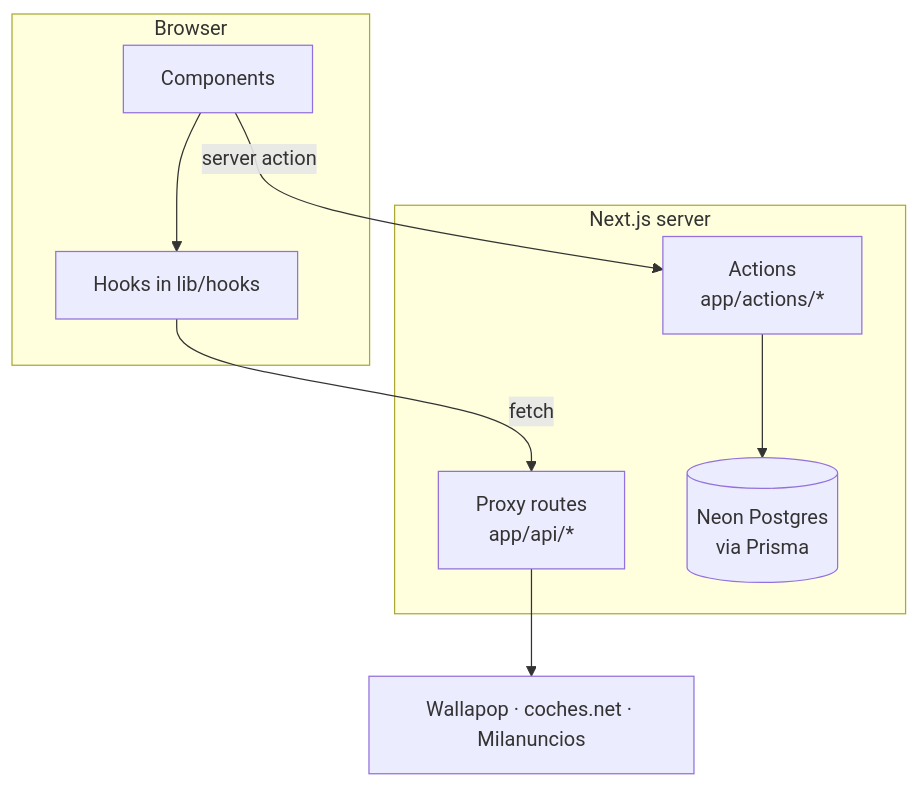
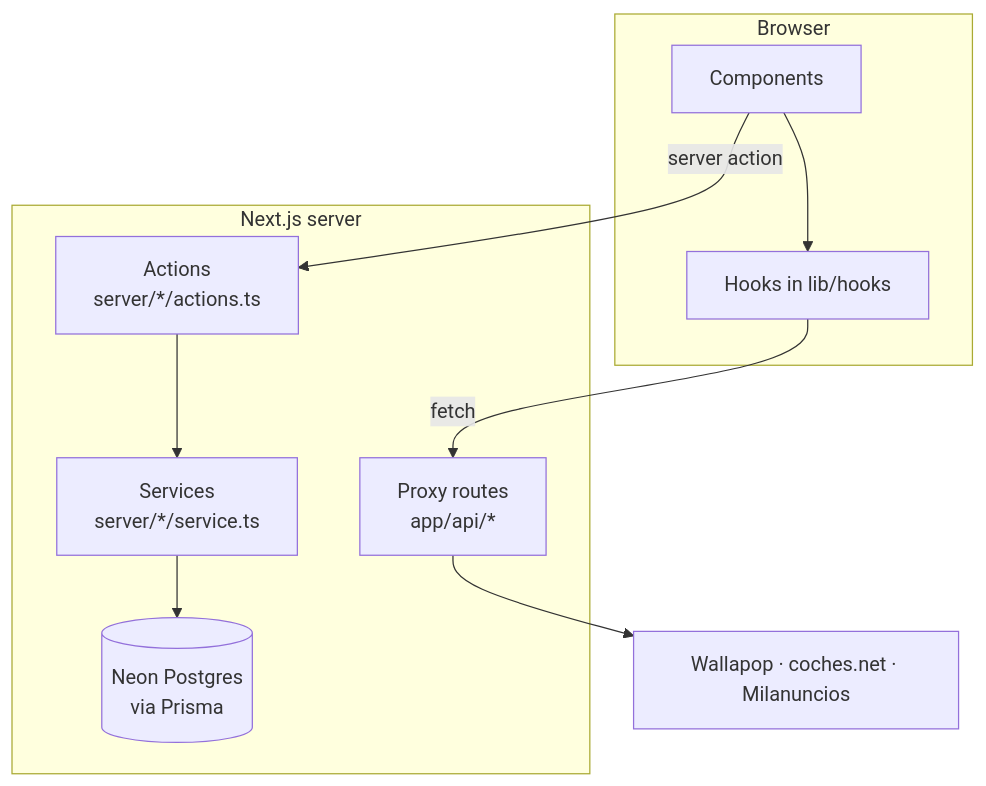
Before and after one commit to algusaem/buycarmap: the first of 6 diagrams in docs/ARCHITECTURE.md, drawn with Mermaid. The commit also changed other lines of this file and 178 other files, not shown here.

````diff
--- a/docs/ARCHITECTURE.md
+++ b/docs/ARCHITECTURE.md
@@ -17,12 +17,13 @@
 ```mermaid
 flowchart TB
     subgraph browser [Browser]
         C[Components] --> H[Hooks in lib/hooks]
     end
     subgraph server [Next.js server]
         H -->|fetch| P[Proxy routes<br/>app/api/*]
-        C -->|server action| A[Actions<br/>app/actions/*]
-        A --> DB[(Neon Postgres<br/>via Prisma)]
+        C -->|server action| A[Actions<br/>server/*/actions.ts]
+        A --> SV[Services<br/>server/*/service.ts]
+        SV --> DB[(Neon Postgres<br/>via Prisma)]
     end
     P --> U[Wallapop · coches.net · Milanuncios]
 ```
````
